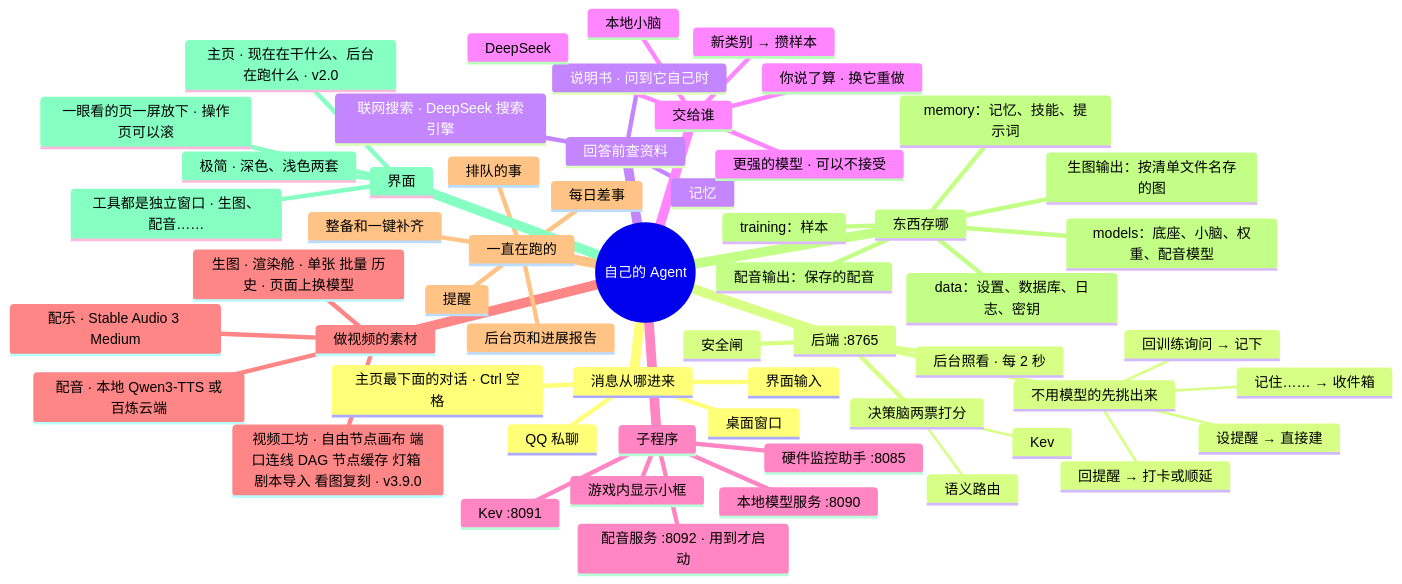
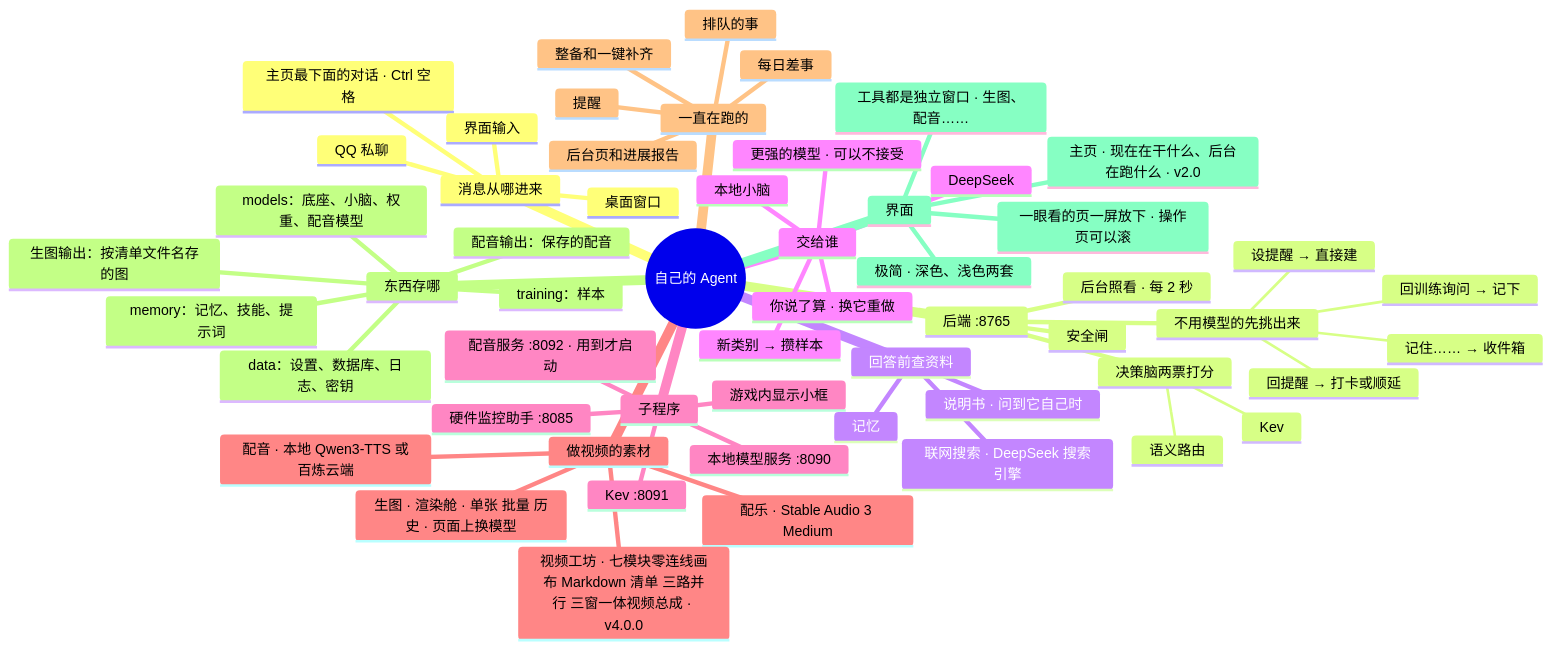
Before and after one commit to lql-076/Experiment-Agent-One: the diagram in docs/AI文档/架构/00-总览.md, drawn with Mermaid. The commit also changed other lines of this file and 22 other files, not shown here.

Commit message:
v4.0.0：视频工坊七模块零连线画布、Markdown 清单驱动、三路并行与模块 6 三窗一体视频总成

```diff
--- a/docs/AI文档/架构/00-总览.md
+++ b/docs/AI文档/架构/00-总览.md
@@ -68,7 +68,7 @@
       :::go-15
       配乐 · Stable Audio 3 Medium
       :::go-18
-      视频工坊 · 自由节点画布 端口连线 DAG 节点缓存 灯箱 剧本导入 看图复刻 · v3.9.0
+      视频工坊 · 七模块零连线画布 Markdown 清单 三路并行 三窗一体视频总成 · v4.0.0
       :::go-20
     一直在跑的
       提醒
```
